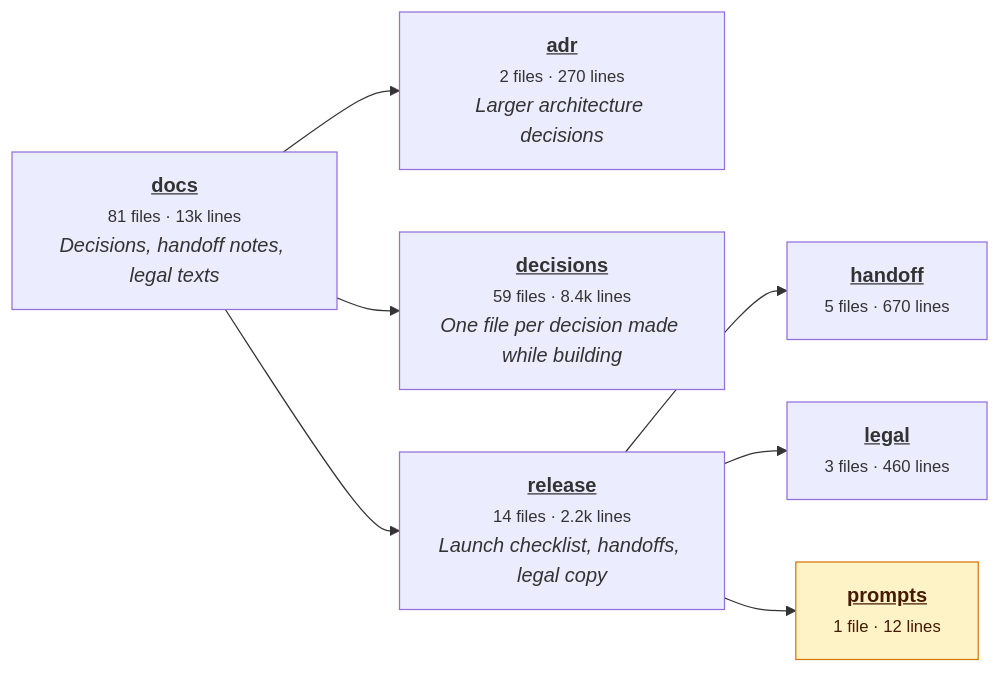
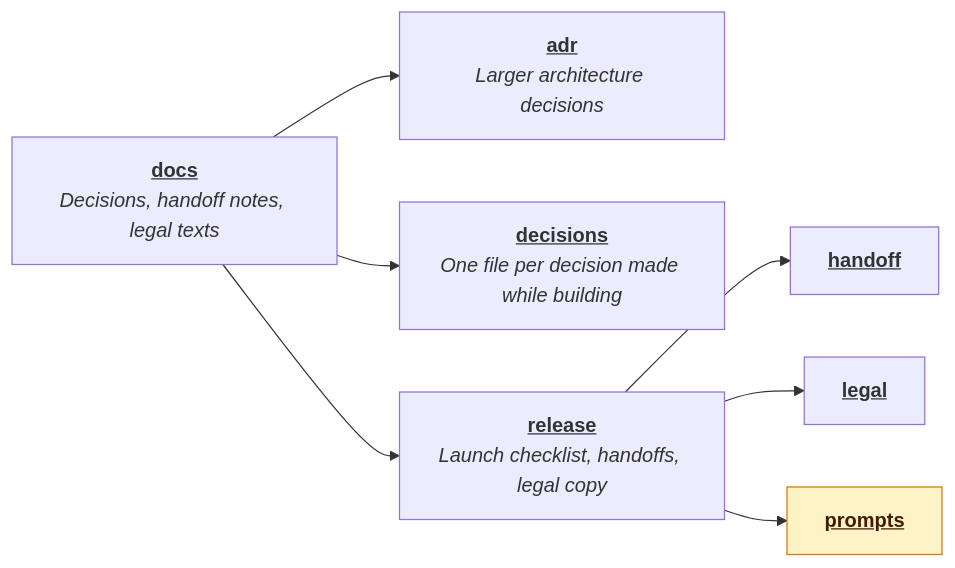
Before and after one commit to JumpLikeFLEA/colloquiz: the third of 6 diagrams in README.md, drawn with Mermaid. The commit also changed other lines of this file, not shown here.

````diff
--- a/README.md
+++ b/README.md
@@ -152,18 +152,18 @@
 ```mermaid
 flowchart LR
-  n0["<b><a href='https://github.com/JumpLikeFLEA/colloquiz/tree/main/docs' style='color:inherit'>docs</a></b><br/><small>81 files · 13k lines</small><br/><i>Decisions, handoff notes, legal texts</i>"]
-  n1["<b><a href='https://github.com/JumpLikeFLEA/colloquiz/tree/main/docs/adr' style='color:inherit'>adr</a></b><br/><small>2 files · 270 lines</small><br/><i>Larger architecture decisions</i>"]
-  n2["<b><a href='https://github.com/JumpLikeFLEA/colloquiz/tree/main/docs/decisions' style='color:inherit'>decisions</a></b><br/><small>59 files · 8.4k lines</small><br/><i>One file per decision made while building</i>"]
-  n3["<b><a href='https://github.com/JumpLikeFLEA/colloquiz/tree/main/docs/release' style='color:inherit'>release</a></b><br/><small>14 files · 2.2k lines</small><br/><i>Launch checklist, handoffs, legal copy</i>"]
-  n4["<b><a href='https://github.com/JumpLikeFLEA/colloquiz/tree/main/docs/release/handoff' style='color:inherit'>handoff</a></b><br/><small>5 files · 670 lines</small>"]
-  n5["<b><a href='https://github.com/JumpLikeFLEA/colloquiz/tree/main/docs/release/legal' style='color:inherit'>legal</a></b><br/><small>3 files · 460 lines</small>"]
-  n6["<b><a href='https://github.com/JumpLikeFLEA/colloquiz/tree/main/docs/release/prompts' style='color:inherit'>prompts</a></b><br/><small>1 file · 12 lines</small>"]
+  n0["<b><a href='https://github.com/JumpLikeFLEA/colloquiz/tree/main/docs' style='color:inherit'>docs</a></b><br/><i>Decisions, handoff notes, legal texts</i>"]
+  n1["<b><a href='https://github.com/JumpLikeFLEA/colloquiz/tree/main/docs/adr' style='color:inherit'>adr</a></b><br/><i>Larger architecture decisions</i>"]
+  n2["<b><a href='https://github.com/JumpLikeFLEA/colloquiz/tree/main/docs/decisions' style='color:inherit'>decisions</a></b><br/><i>One file per decision made while building</i>"]
+  n3["<b><a href='https://github.com/JumpLikeFLEA/colloquiz/tree/main/docs/release' style='color:inherit'>release</a></b><br/><i>Launch checklist, handoffs, legal copy</i>"]
+  n4["<b><a href='https://github.com/JumpLikeFLEA/colloquiz/tree/main/docs/release/handoff' style='color:inherit'>handoff</a></b>"]
+  n5["<b><a href='https://github.com/JumpLikeFLEA/colloquiz/tree/main/docs/release/legal' style='color:inherit'>legal</a></b>"]
+  n6["<b><a href='https://github.com/JumpLikeFLEA/colloquiz/tree/main/docs/release/prompts' style='color:inherit'>prompts</a></b>"]
   n0 --> n1
   n0 --> n2
   n0 --> n3
   n3 --> n4
   n3 --> n5
   n3 --> n6
   classDef g0 fill:#fef3c7,stroke:#d97706,color:#451a03
   class n6 g0
 ```
````
